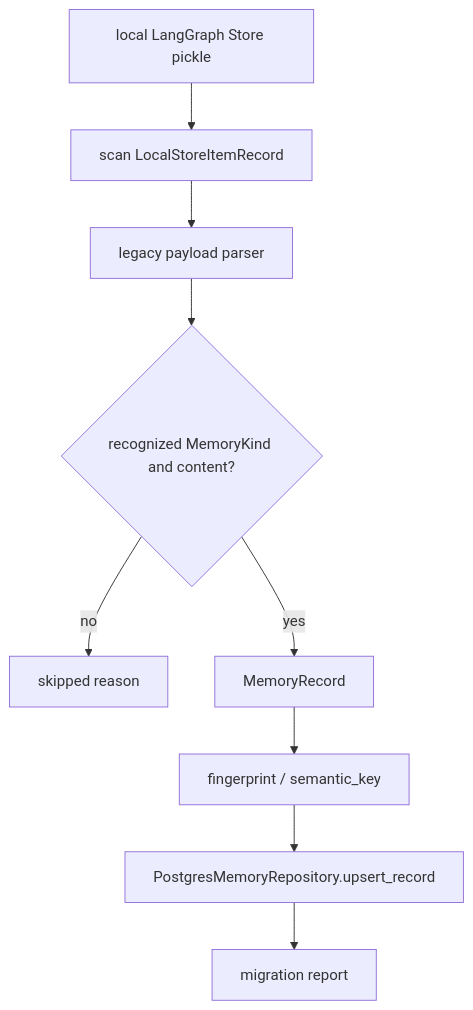
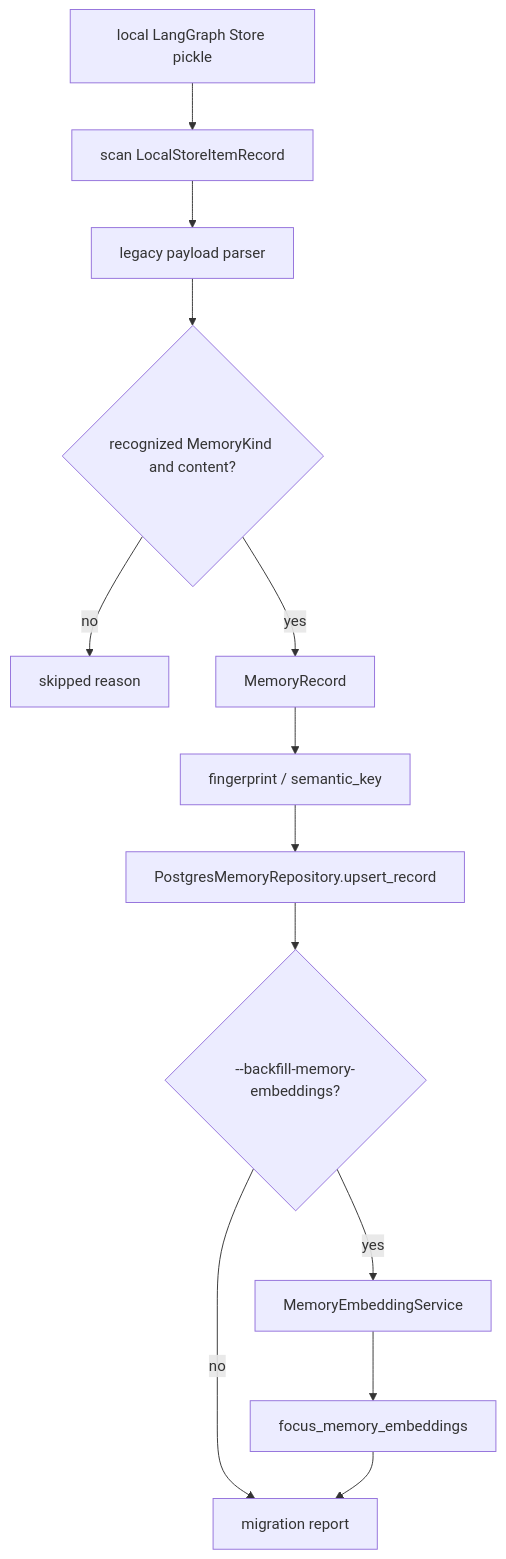
Before and after one commit to William-zgx/focus-agent: diagram 12 of 12 in docs/memory-system-v2.md, drawn with Mermaid. The commit also changed other lines of this file and 35 other files, not shown here.

Commit message:
feat: add pgvector memory embeddings

````diff
--- a/docs/memory-system-v2.md
+++ b/docs/memory-system-v2.md
@@ -629,11 +780,15 @@
 ```mermaid
 flowchart TD
     Local["local LangGraph Store pickle"] --> Scan["scan LocalStoreItemRecord"]
     Scan --> Parse["legacy payload parser"]
     Parse --> Valid{"recognized MemoryKind and content?"}
     Valid -- "no" --> Skip["skipped reason"]
     Valid -- "yes" --> Record["MemoryRecord"]
     Record --> Fingerprint["fingerprint / semantic_key"]
     Fingerprint --> Repo["PostgresMemoryRepository.upsert_record"]
-    Repo --> Report["migration report"]
+    Repo --> Backfill{"--backfill-memory-embeddings?"}
+    Backfill -- "no" --> Report["migration report"]
+    Backfill -- "yes" --> EmbSvc["MemoryEmbeddingService"]
+    EmbSvc --> Embeddings["focus_memory_embeddings"]
+    Embeddings --> Report
 ```
````
